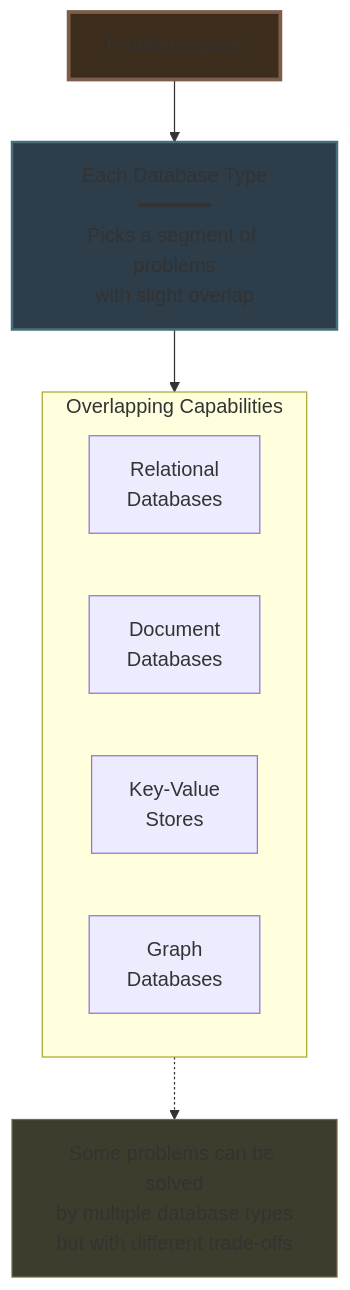
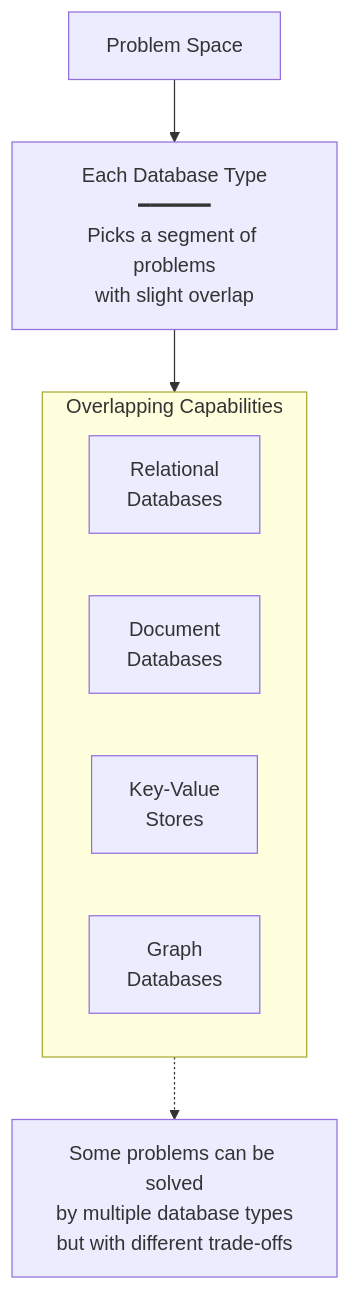
The second of 21 diagrams in system design beginner/10. Picking the right database.md (Yash-Kavaiya/The-System-Design-Masterclass), drawn with Mermaid before and after one commit. The commit also changed other lines of this file, not shown here.

````diff
--- a/system design beginner/10. Picking the right database.md
+++ b/system design beginner/10. Picking the right database.md
@@ -30,23 +26,20 @@
 ```mermaid
 graph TB
     SPACE[Problem Space]
     
     SPACE --> SEG[Each Database Type<br/>━━━━━━<br/>Picks a segment of problems<br/>with slight overlap]
     
     subgraph Overlap["Overlapping Capabilities"]
         REL[Relational<br/>Databases]
         DOC[Document<br/>Databases]
         KV[Key-Value<br/>Stores]
         GRAPH[Graph<br/>Databases]
     end
     
     SEG --> Overlap
     
     NOTE[Some problems can be solved<br/>by multiple database types<br/>but with different trade-offs]
     
     Overlap -.-> NOTE
     
-    style SPACE fill:#3d2d1c,stroke:#7c5d4a,stroke-width:3px
-    style SEG fill:#2d3d4a,stroke:#4a6d7c,stroke-width:2px
-    style NOTE fill:#3d3d2d,stroke:#6d6d4a
 ```
````
